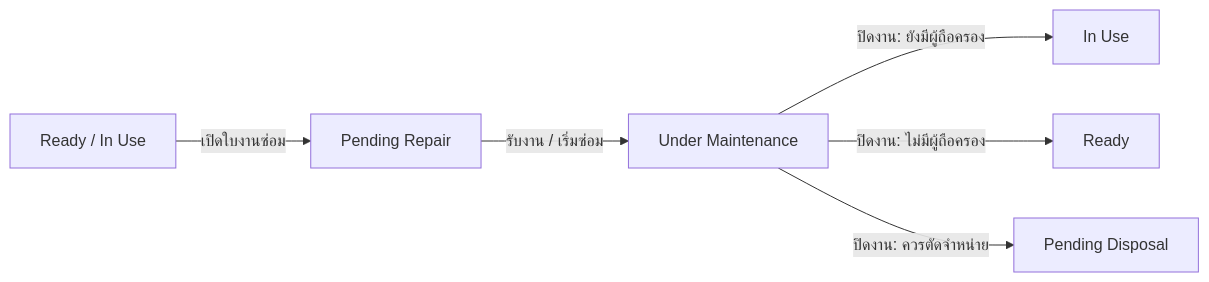
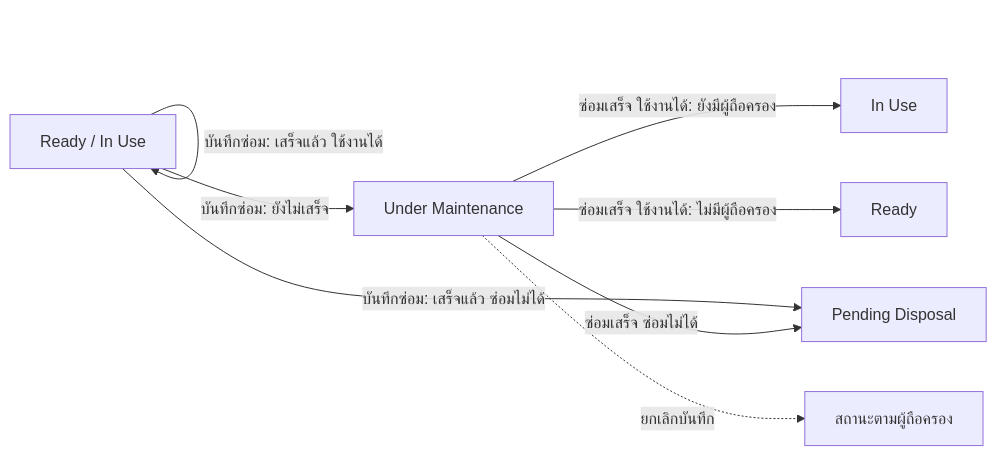
Before and after one commit to iEel/asset-system: the fifth of 8 diagrams in docs/16_ASSET_STATUS_WORKFLOW_TH.md, drawn with Mermaid. The commit also changed other lines of this file and 16 other files, not shown here.

````diff
--- a/docs/16_ASSET_STATUS_WORKFLOW_TH.md
+++ b/docs/16_ASSET_STATUS_WORKFLOW_TH.md
@@ -132,8 +137,10 @@
 ```mermaid
 flowchart LR
-    A["Ready / In Use"] -->|เปิดใบงานซ่อม| B["Pending Repair"]
-    B -->|รับงาน / เริ่มซ่อม| C["Under Maintenance"]
-    C -->|ปิดงาน: ยังมีผู้ถือครอง| D["In Use"]
-    C -->|ปิดงาน: ไม่มีผู้ถือครอง| E["Ready"]
-    C -->|ปิดงาน: ควรตัดจำหน่าย| F["Pending Disposal"]
+    A["Ready / In Use"] -->|บันทึกซ่อม: เสร็จแล้ว ใช้งานได้| A
+    A -->|บันทึกซ่อม: ยังไม่เสร็จ| C["Under Maintenance"]
+    A -->|บันทึกซ่อม: เสร็จแล้ว ซ่อมไม่ได้| F["Pending Disposal"]
+    C -->|ซ่อมเสร็จ ใช้งานได้: ยังมีผู้ถือครอง| D["In Use"]
+    C -->|ซ่อมเสร็จ ใช้งานได้: ไม่มีผู้ถือครอง| E["Ready"]
+    C -->|ซ่อมเสร็จ ซ่อมไม่ได้| F
+    C -.->|ยกเลิกบันทึก| G["สถานะตามผู้ถือครอง"]
 ```
````
